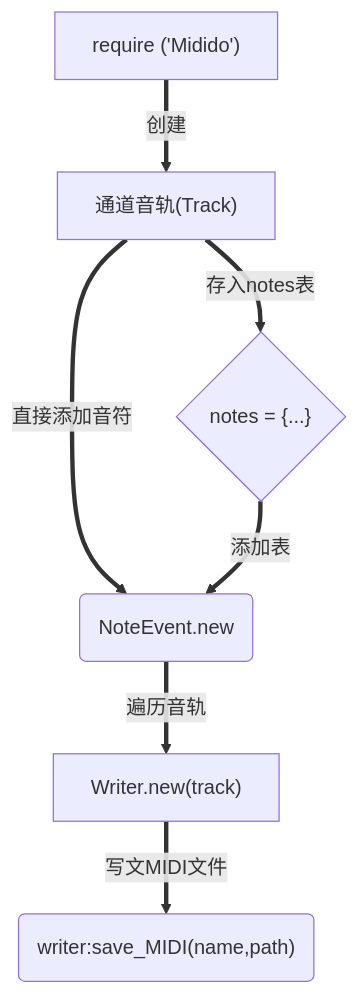
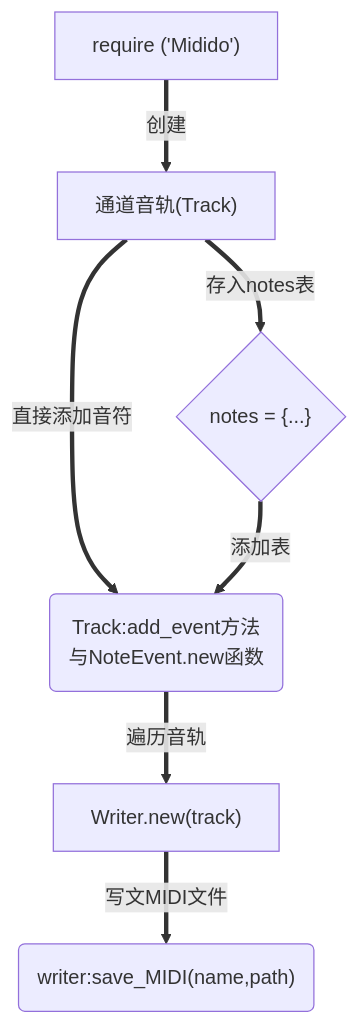
One commit to A2C29K9/A2C29K9.github.io changed the diagram in source/_posts/wiki-of-Midido.md. Above: the diagram before and after it, drawn with Mermaid. The commit also changed other lines of this file, not shown here.

````diff
--- a/source/_posts/wiki-of-Midido.md
+++ b/source/_posts/wiki-of-Midido.md
@@ -70,9 +80,9 @@
 ```mermaid
 graph TB
     id1["require ('Midido')"]==> |创建| id2["通道音轨(Track)"]
-    id2==> |直接添加音符| id3("NoteEvent.new")
+    id2==> |直接添加音符| id3("Track:add_event方法<br>与NoteEvent.new函数")
     id2==> |存入notes表| id4{"notes = {...}"}
     id4==> |添加表| id3
     id3==> |遍历音轨| id5["Writer.new(track)"]
     id5==> |写文MIDI文件| id6("writer:save_MIDI(name,path)")
 ```
````
